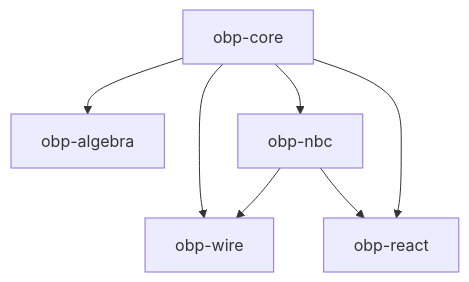
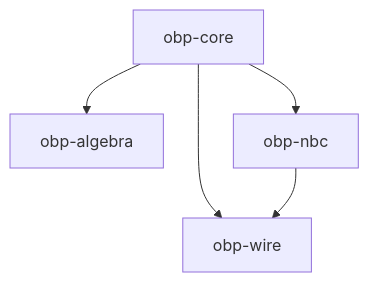
The second of 2 diagrams in docs/theory/layering.md (khoralabs/open-binding-protocol), drawn with Mermaid before and after one commit. The commit also changed 54 other files, not shown here.

````diff
--- a/docs/theory/layering.md
+++ b/docs/theory/layering.md
@@ -40,14 +40,11 @@
 ```mermaid
 flowchart TB
   core[obp-core]
   algebra[obp-algebra]
   nbc[obp-nbc]
   wire[obp-wire]
-  react[obp-react]
   core --> algebra
   core --> nbc
   core --> wire
   nbc --> wire
-  nbc --> react
-  core --> react
 ```
````
